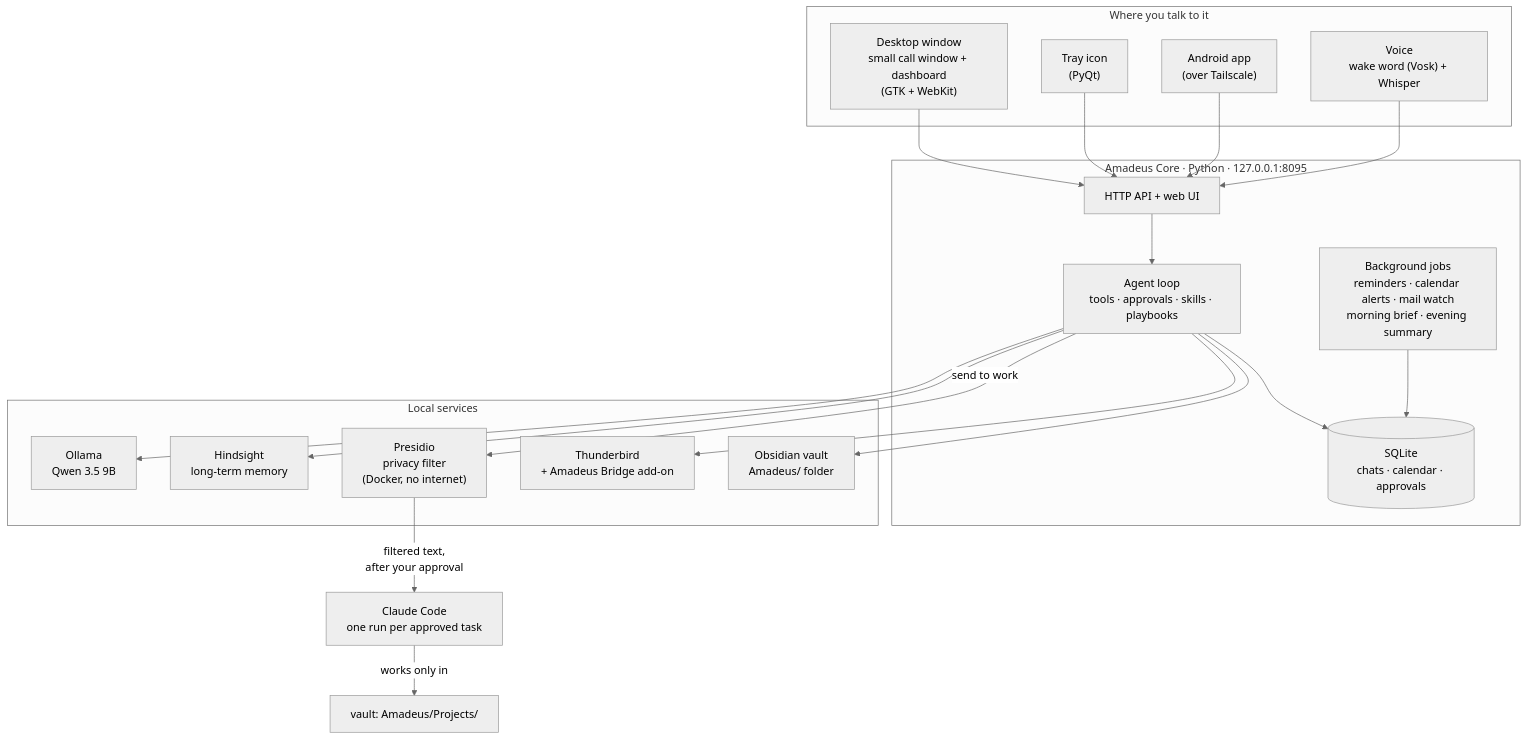
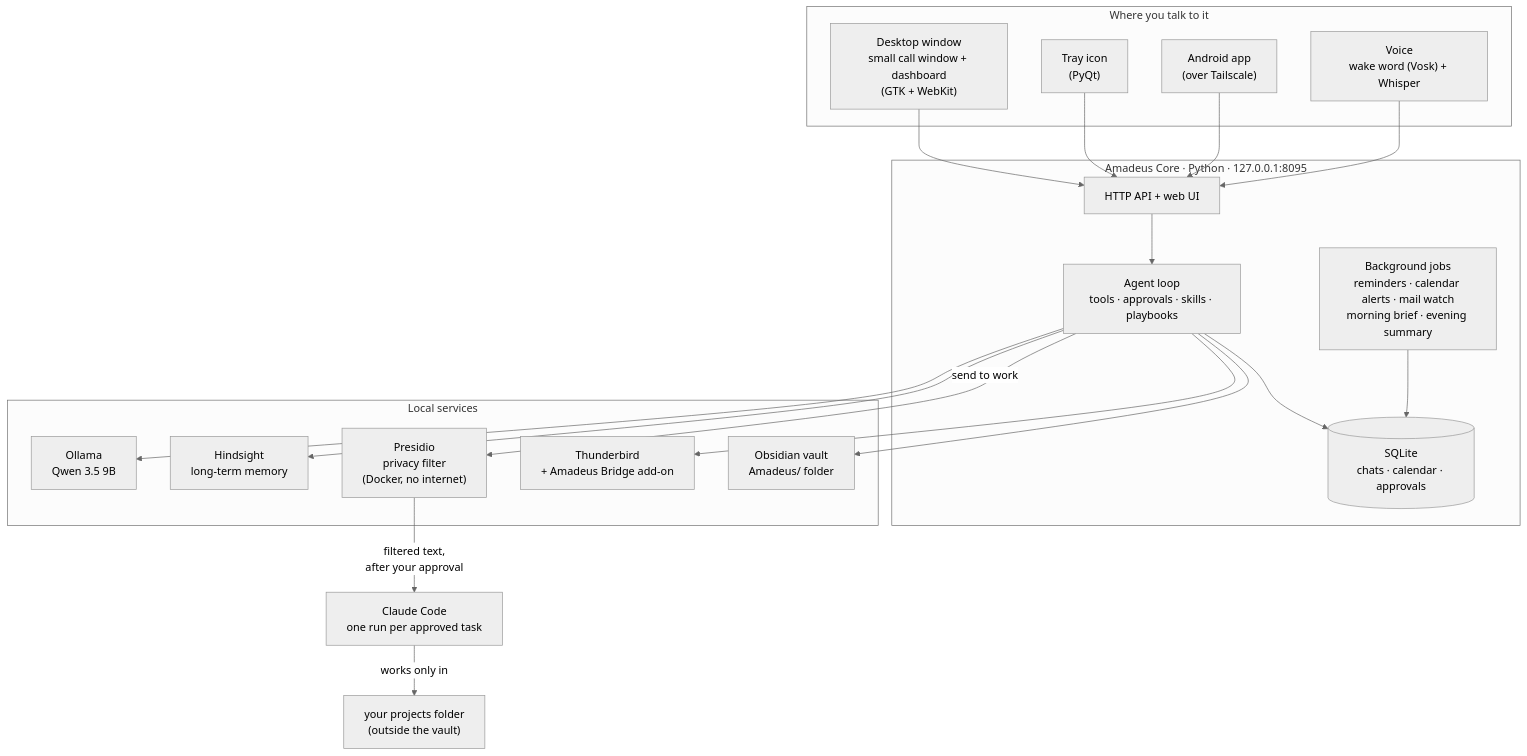
Before and after one commit to IAbrahamI/Amadeus: the first of 4 diagrams in docs/ARCHITECTURE.md, drawn with Mermaid (neutral theme). The commit also changed other lines of this file and 19 other files, not shown here.

First line of the commit message:
Claude Code projects get their own folder, outside the vault

````diff
--- a/docs/ARCHITECTURE.md
+++ b/docs/ARCHITECTURE.md
@@ -12,38 +12,38 @@
 ```mermaid
 flowchart TB
     subgraph clients ["Where you talk to it"]
       win["Desktop window<br/>small call window + dashboard<br/>(GTK + WebKit)"]
       tray["Tray icon<br/>(PyQt)"]
       phone["Android app<br/>(over Tailscale)"]
       voice["Voice<br/>wake word (Vosk) + Whisper"]
     end
 
     subgraph core ["Amadeus Core · Python · 127.0.0.1:8095"]
       server["HTTP API + web UI"]
       agent["Agent loop<br/>tools · approvals · skills · playbooks"]
       bg["Background jobs<br/>reminders · calendar alerts · mail watch<br/>morning brief · evening summary"]
       db[("SQLite<br/>chats · calendar · approvals")]
     end
 
     subgraph local ["Local services"]
       ollama["Ollama<br/>Qwen 3.5 9B"]
       hindsight["Hindsight<br/>long-term memory"]
       presidio["Presidio<br/>privacy filter<br/>(Docker, no internet)"]
       tb["Thunderbird<br/>+ Amadeus Bridge add-on"]
       vault["Obsidian vault<br/>Amadeus/ folder"]
     end
 
     cc["Claude Code<br/>one run per approved task"]
 
     win & tray & phone & voice --> server
     server --> agent
     agent --> db
     bg --> db
     agent --> ollama
     agent --> hindsight
     agent --> tb
     agent --> vault
     agent -- "send to work" --> presidio
     presidio -- "filtered text,<br/>after your approval" --> cc
-    cc -- "works only in" --> projects["vault: Amadeus/Projects/"]
+    cc -- "works only in" --> projects["your projects folder<br/>(outside the vault)"]
 ```
````
